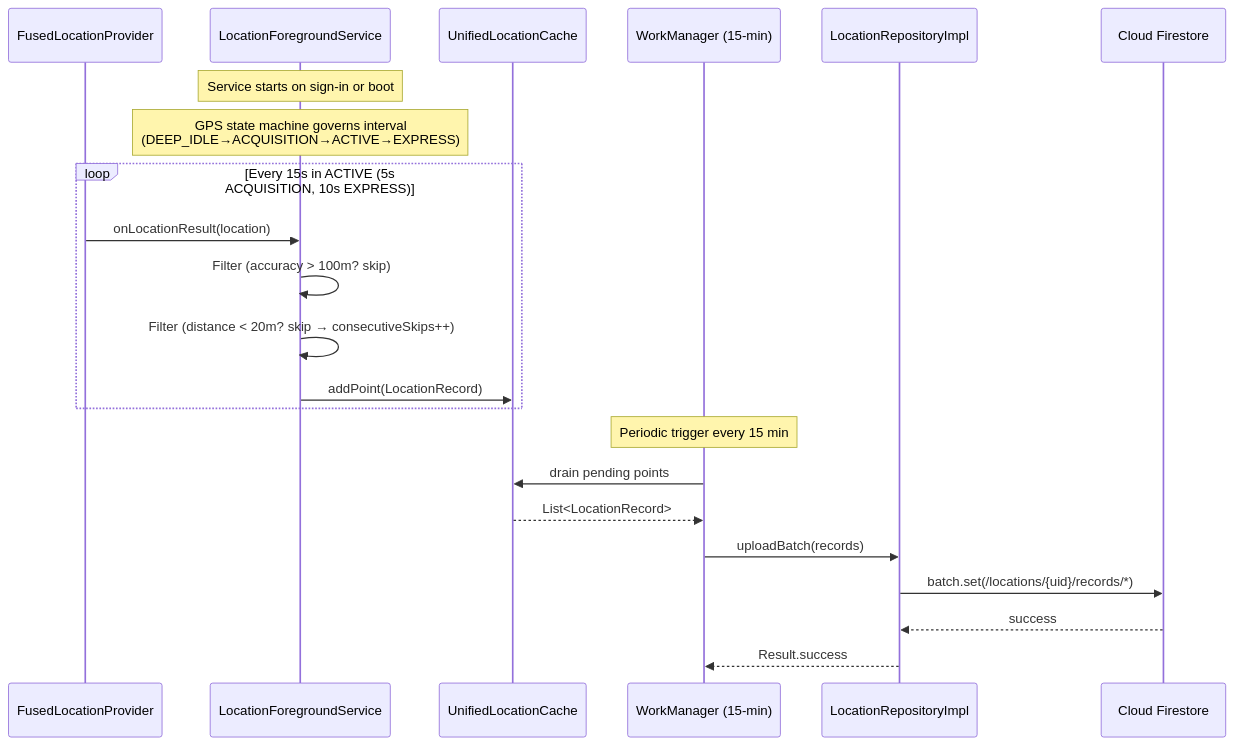
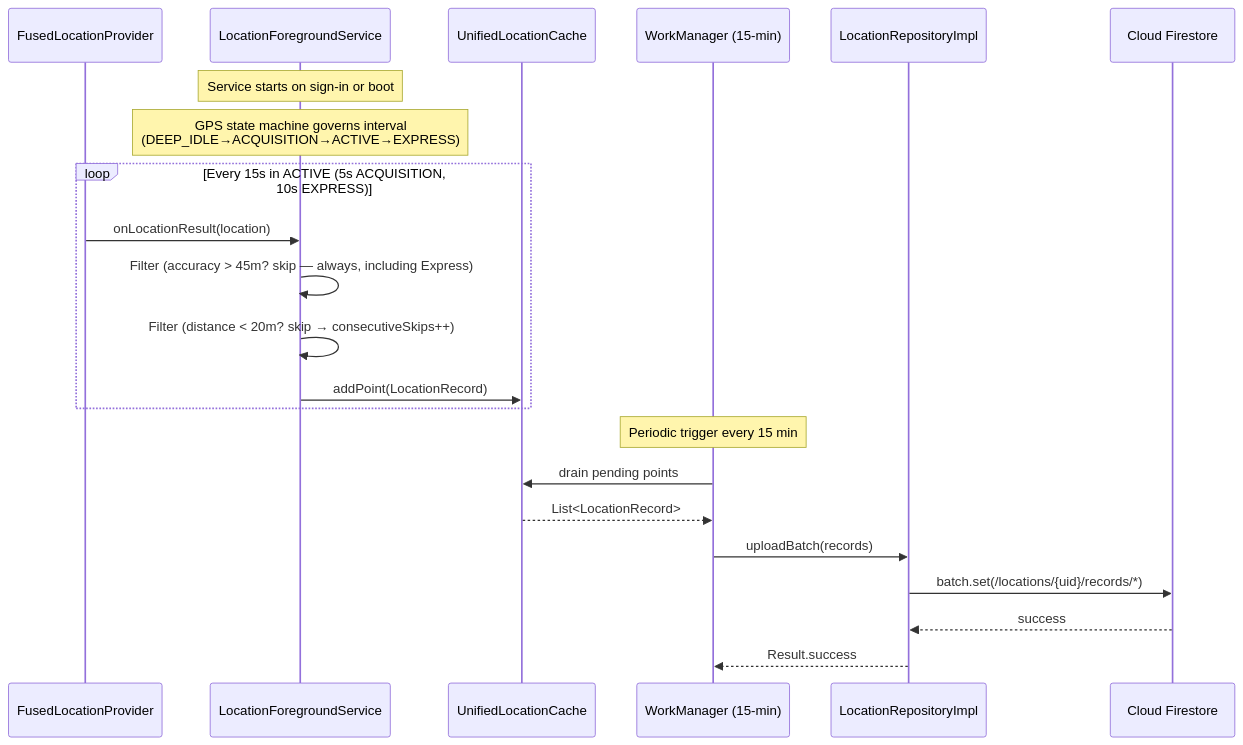
One commit to shajoshi/Apps changed the second of 11 diagrams in BkgTracker/docs/ARCHITECTURE.md. Above: the diagram before and after it, drawn with Mermaid. The commit also changed other lines of this file and 12 other files, not shown here.

Commit message:
Map KML export with FileProvider, tighten GPS accuracy filter to 45m, fix Express mode bypassing accuracy check

````diff
--- a/BkgTracker/docs/ARCHITECTURE.md
+++ b/BkgTracker/docs/ARCHITECTURE.md
@@ -59,26 +59,26 @@
 ```mermaid
 sequenceDiagram
     participant GPS as FusedLocationProvider
     participant SVC as LocationForegroundService
     participant Cache as UnifiedLocationCache
     participant WM as WorkManager (15-min)
     participant Repo as LocationRepositoryImpl
     participant FS as Cloud Firestore
 
     Note over SVC: Service starts on sign-in or boot
     Note over SVC: GPS state machine governs interval<br/>(DEEP_IDLE→ACQUISITION→ACTIVE→EXPRESS)
     loop Every 15s in ACTIVE (5s ACQUISITION, 10s EXPRESS)
         GPS->>SVC: onLocationResult(location)
-        SVC->>SVC: Filter (accuracy > 100m? skip)
+        SVC->>SVC: Filter (accuracy > 45m? skip — always, including Express)
         SVC->>SVC: Filter (distance < 20m? skip → consecutiveSkips++)
         SVC->>Cache: addPoint(LocationRecord)
     end
 
     Note over WM: Periodic trigger every 15 min
     WM->>Cache: drain pending points
     Cache-->>WM: List<LocationRecord>
     WM->>Repo: uploadBatch(records)
     Repo->>FS: batch.set(/locations/{uid}/records/*)
     FS-->>Repo: success
     Repo-->>WM: Result.success
 ```
````
